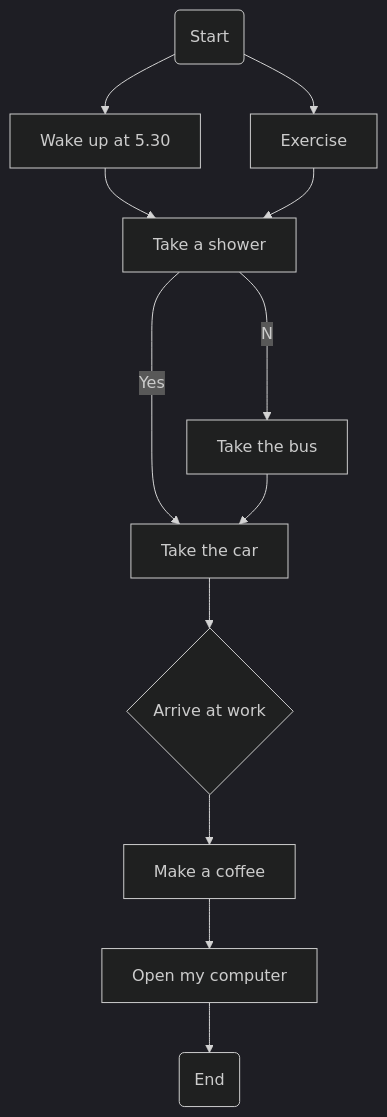
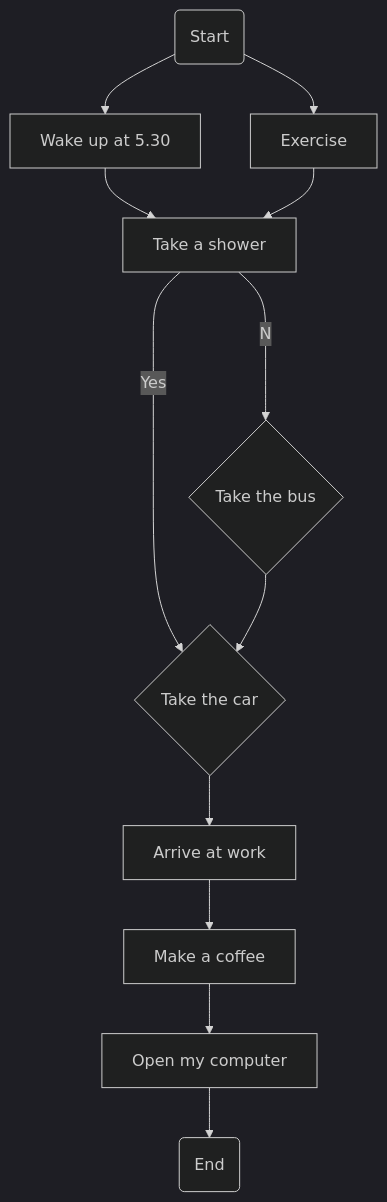
One commit to yusale9/student-showcase changed the second of 2 diagrams in student-work/2022/Debbie-Mankowitz/diagrams.md. Above: the diagram before and after it, drawn with Mermaid (dark theme).

Commit message:
Update diagrams.md
Changed the shapes

````diff
--- a/student-work/2022/Debbie-Mankowitz/diagrams.md
+++ b/student-work/2022/Debbie-Mankowitz/diagrams.md
@@ -8,14 +8,14 @@
 ```mermaid
 graph TB;
 A(Start)--> B[Wake up at 5.30];
 A --> C[Exercise];
 B --> D[Lay out your clothes];
 C --> D[Take a shower];
-D --Yes--> E[Take the car];
-D --No--> F[Take the bus];
+D --Yes--> E{Take the car};
+D --No--> F{Take the bus};
 F --> E;
-E --> G{Arrive at work};
+E --> G[Arrive at work];
 G --> H[Make a coffee];
 H --> I[Open my computer];
 I --> J(End)
 ```
````
